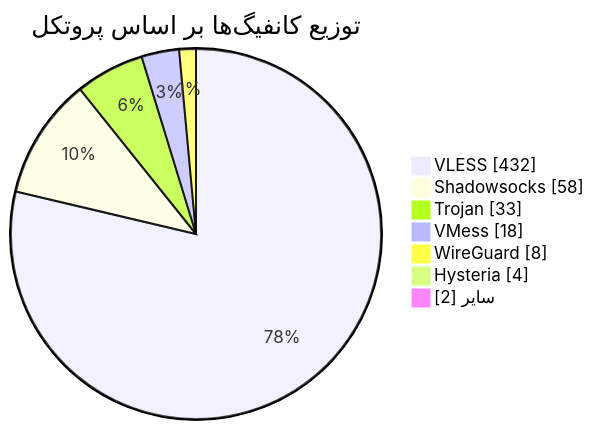
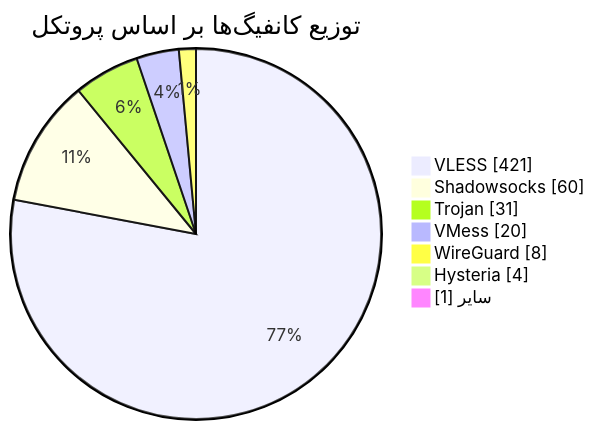
One commit to Arian-Alijani/Somthing changed the diagram in README.md. Above: the diagram before and after it, drawn with Mermaid. The commit also changed other lines of this file and 85 other files, not shown here.

````diff
--- a/README.md
+++ b/README.md
@@ -49,11 +49,11 @@
 ```mermaid
 pie showData
     title توزیع کانفیگ‌ها بر اساس پروتکل
-    "VLESS" : 432
-    "Shadowsocks" : 58
-    "Trojan" : 33
-    "VMess" : 18
+    "VLESS" : 421
+    "Shadowsocks" : 60
+    "Trojan" : 31
+    "VMess" : 20
     "WireGuard" : 8
     "Hysteria" : 4
-    "سایر" : 2
+    "سایر" : 1
 ```
````
